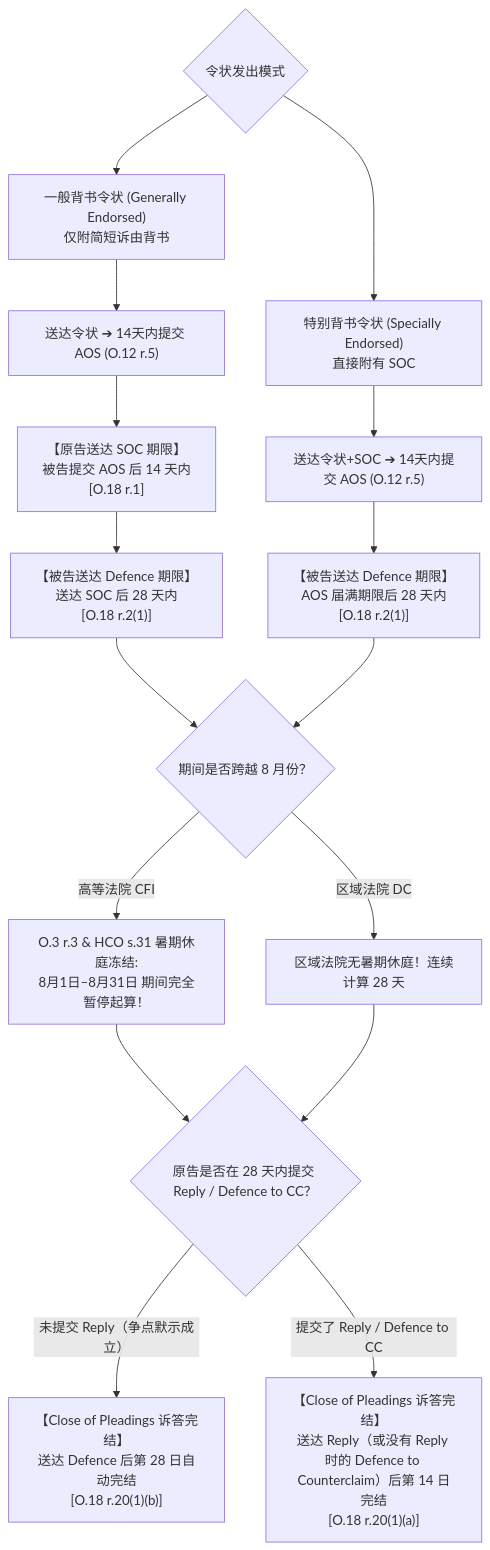
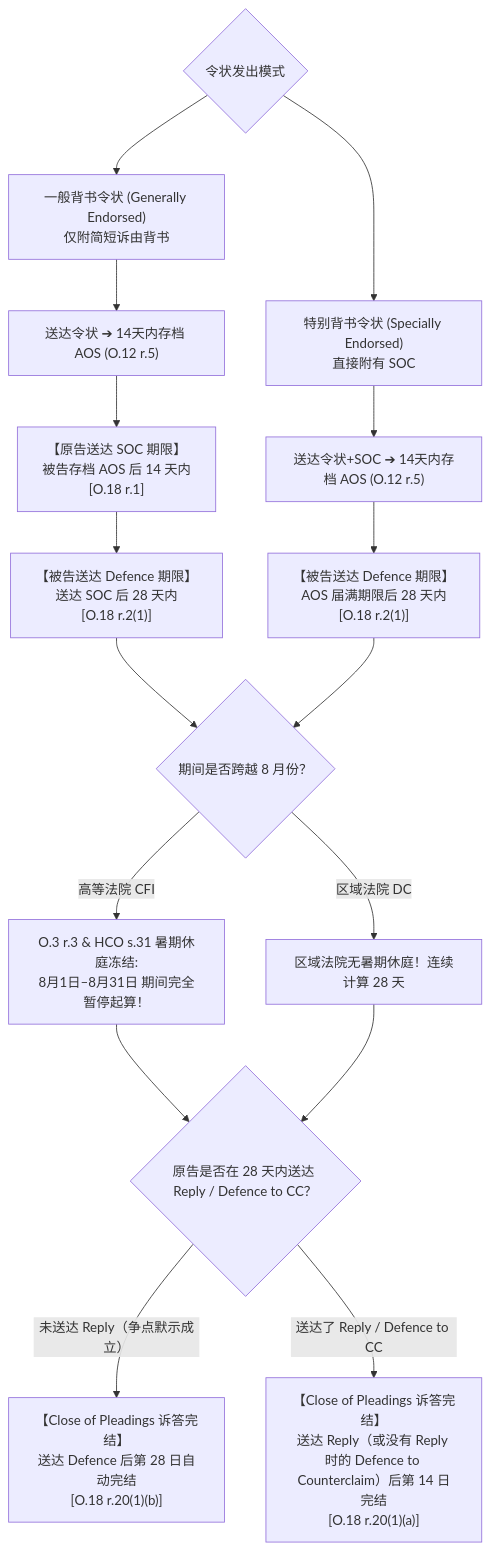
The fourth of 11 diagrams in src/content/docs/institutions/co04-05-10-pleadings.md (mixxmax/pcll-litigation-cards), drawn with Mermaid before and after one commit. The commit also changed other lines of this file and 5 other files, not shown here.

````diff
--- a/src/content/docs/institutions/co04-05-10-pleadings.md
+++ b/src/content/docs/institutions/co04-05-10-pleadings.md
@@ -365,23 +368,23 @@
 ```mermaid
 flowchart TD
     WritPath{"令状发出模式"} --> Spec["特别背书令状 (Specially Endorsed)<br>直接附有 SOC"]
     WritPath --> Gen["一般背书令状 (Generally Endorsed)<br>仅附简短诉由背书"]
 
-    Gen --> GenAOS["送达令状 ➔ 14天内提交 AOS (O.12 r.5)"]
-    GenAOS --> GenSOC["【原告送达 SOC 期限】<br>被告提交 AOS 后 14 天内<br>[O.18 r.1]"]
+    Gen --> GenAOS["送达令状 ➔ 14天内存档 AOS (O.12 r.5)"]
+    GenAOS --> GenSOC["【原告送达 SOC 期限】<br>被告存档 AOS 后 14 天内<br>[O.18 r.1]"]
     
-    Spec --> SpecAOS["送达令状+SOC ➔ 14天内提交 AOS (O.12 r.5)"]
+    Spec --> SpecAOS["送达令状+SOC ➔ 14天内存档 AOS (O.12 r.5)"]
     
     GenSOC --> DefClock["【被告送达 Defence 期限】<br>送达 SOC 后 28 天内<br>[O.18 r.2(1)]"]
     SpecAOS --> SpecDefClock["【被告送达 Defence 期限】<br>AOS 届满期限后 28 天内<br>[O.18 r.2(1)]"]
     
     DefClock & SpecDefClock --> SummerCheck{"期间是否跨越 8 月份？"}
     
     SummerCheck -->|"高等法院 CFI"| Freeze["O.3 r.3 & HCO s.31 暑期休庭冻结:<br>8月1日–8月31日 期间完全暂停起算！"]
     SummerCheck -->|"区域法院 DC"| NoFreeze["区域法院无暑期休庭！连续计算 28 天"]
     
-    Freeze & NoFreeze --> CloseCheck{"原告是否在 28 天内提交 Reply / Defence to CC？"}
+    Freeze & NoFreeze --> CloseCheck{"原告是否在 28 天内送达 Reply / Defence to CC？"}
     
-    CloseCheck -->|"未提交 Reply（争点默示成立）"| Close28["【Close of Pleadings 诉答完结】<br>送达 Defence 后第 28 日自动完结<br>[O.18 r.20(1)(b)]"]
-    CloseCheck -->|"提交了 Reply / Defence to CC"| Close14["【Close of Pleadings 诉答完结】<br>送达 Reply（或没有 Reply 时的 Defence to Counterclaim）后第 14 日完结<br>[O.18 r.20(1)(a)]"]
+    CloseCheck -->|"未送达 Reply（争点默示成立）"| Close28["【Close of Pleadings 诉答完结】<br>送达 Defence 后第 28 日自动完结<br>[O.18 r.20(1)(b)]"]
+    CloseCheck -->|"送达了 Reply / Defence to CC"| Close14["【Close of Pleadings 诉答完结】<br>送达 Reply（或没有 Reply 时的 Defence to Counterclaim）后第 14 日完结<br>[O.18 r.20(1)(a)]"]
 ```
````
